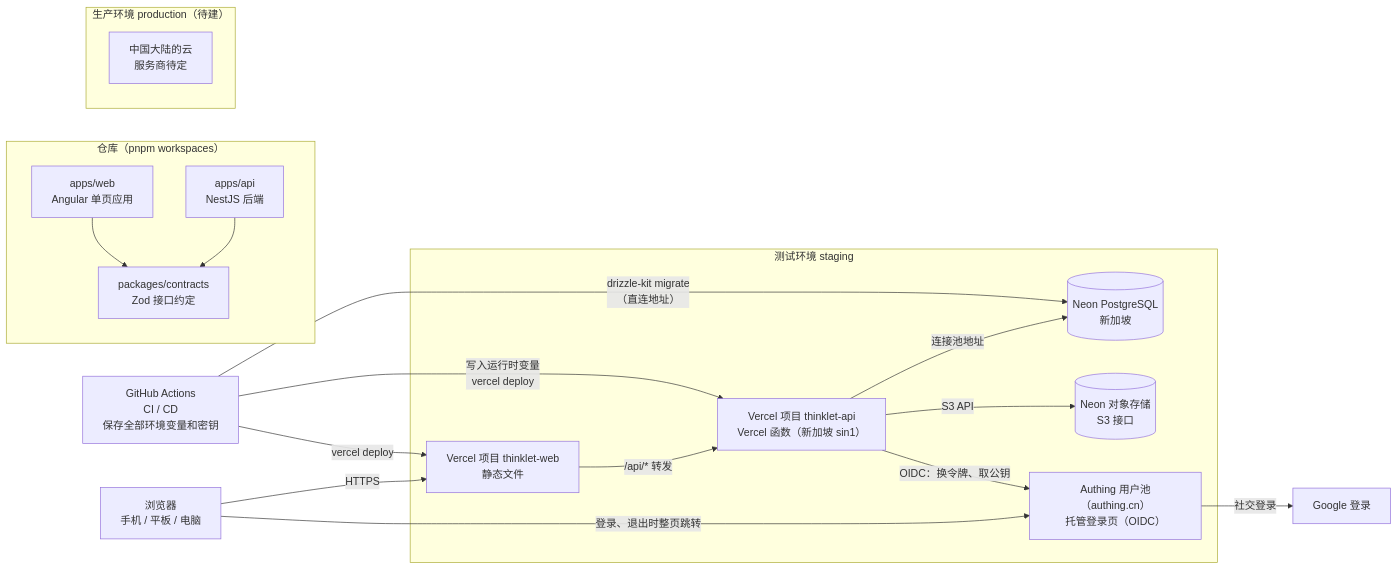
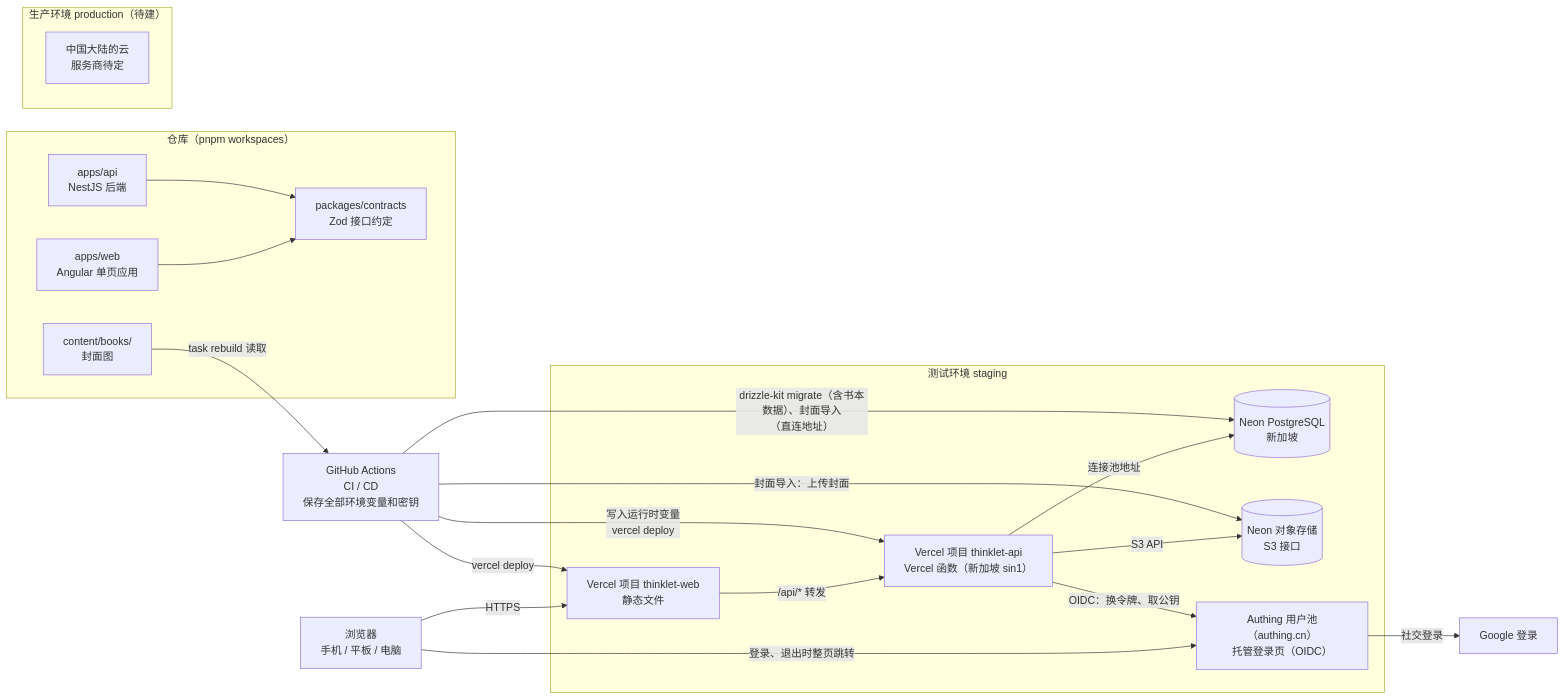
The diagram in .docs/architecture.md (juanchaopan/thinklet), drawn with Mermaid before and after one commit. The commit also changed other lines of this file and 761 other files, not shown here.

````diff
--- a/.docs/architecture.md
+++ b/.docs/architecture.md
@@ -9,37 +9,40 @@
 ```mermaid
 flowchart LR
   browser["浏览器<br/>手机 / 平板 / 电脑"]
 
   subgraph repo["仓库（pnpm workspaces）"]
     web["apps/web<br/>Angular 单页应用"]
     api["apps/api<br/>NestJS 后端"]
     contracts["packages/contracts<br/>Zod 接口约定"]
+    content["content/books/<br/>封面图"]
   end
 
   subgraph staging["测试环境 staging"]
     vweb["Vercel 项目 thinklet-web<br/>静态文件"]
     vapi["Vercel 项目 thinklet-api<br/>Vercel 函数（新加坡 sin1）"]
     npg[("Neon PostgreSQL<br/>新加坡")]
     ns3[("Neon 对象存储<br/>S3 接口")]
     authing["Authing 用户池（authing.cn）<br/>托管登录页（OIDC）"]
   end
 
   subgraph production["生产环境 production（待建）"]
     cn["中国大陆的云<br/>服务商待定"]
   end
 
   google["Google 登录"]
 
   web --> contracts
   api --> contracts
   browser -->|"HTTPS"| vweb
   browser -->|"登录、退出时整页跳转"| authing
   vweb -->|"/api/* 转发"| vapi
   vapi -->|"连接池地址"| npg
   vapi -->|"S3 API"| ns3
   vapi -->|"OIDC：换令牌、取公钥"| authing
   authing -->|"社交登录"| google
-  gha["GitHub Actions<br/>CI / CD<br/>保存全部环境变量和密钥"] -->|"drizzle-kit migrate<br/>（直连地址）"| npg
+  gha["GitHub Actions<br/>CI / CD<br/>保存全部环境变量和密钥"] -->|"drizzle-kit migrate（含书本数据）、封面导入<br/>（直连地址）"| npg
+  content -->|"task rebuild 读取"| gha
+  gha -->|"封面导入：上传封面"| ns3
   gha -->|"vercel deploy"| vweb
   gha -->|"写入运行时变量<br/>vercel deploy"| vapi
 ```
````
